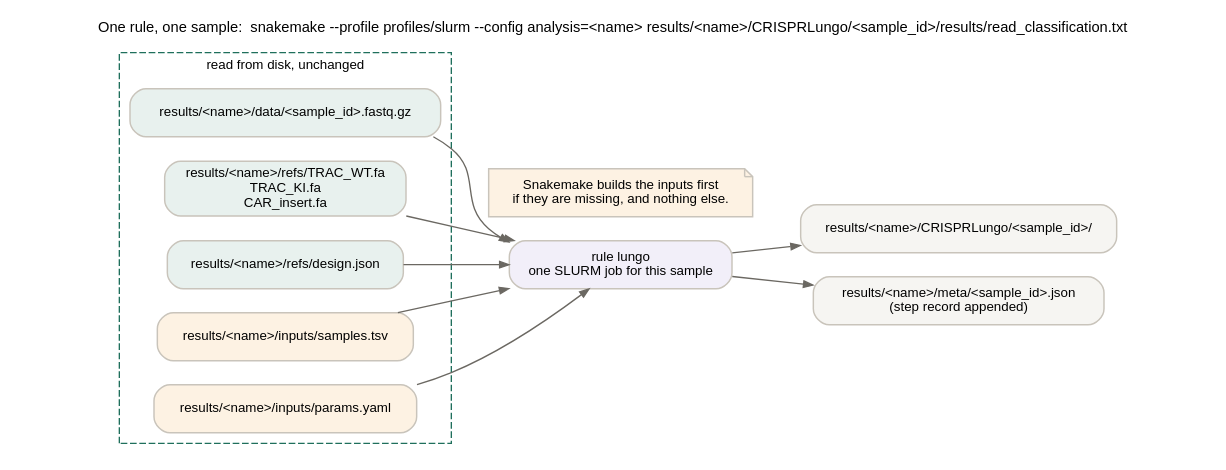
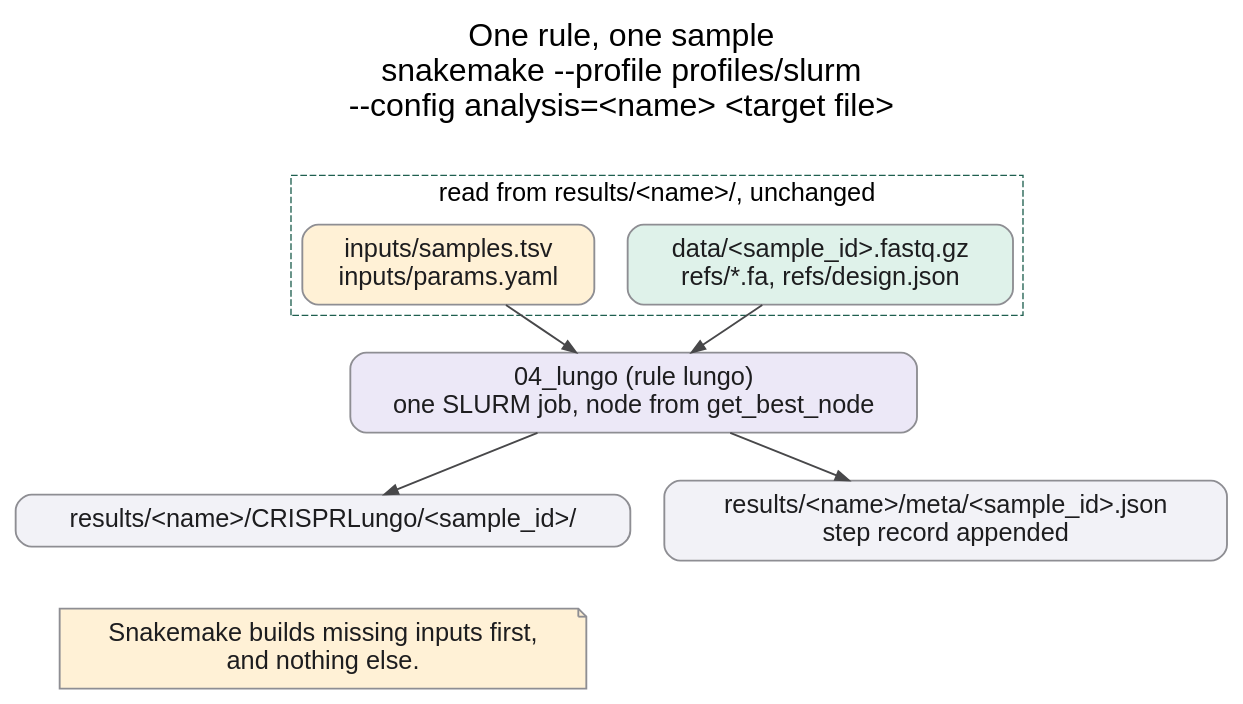
One commit to ssenci97/ONT-CRISPR-knock-in changed the diagram in docs/diagrams/02_single_tool.dot. Above: the diagram before and after it, drawn with Graphviz. The commit also changed 27 other files, not shown here.

```diff
--- a/docs/diagrams/02_single_tool.dot
+++ b/docs/diagrams/02_single_tool.dot
@@ -1,23 +1,20 @@
 digraph single_tool {
-  graph [rankdir=LR, bgcolor="white", fontname="Helvetica", fontsize=11, labelloc=t,
-         label="One rule, one sample:  snakemake --profile profiles/slurm --config analysis=<name> results/<name>/CRISPRLungo/<sample_id>/results/read_classification.txt"];
-  node [fontname="Helvetica", fontsize=10, shape=box, style="rounded,filled", color="#c9c4bb", penwidth=1.1];
-  edge [color="#6b6862", arrowsize=0.7];
+  graph [rankdir=TB, bgcolor="white", fontname="Helvetica", fontsize=24, labelloc=t, nodesep=0.35, ranksep=0.5,
+         label="One rule, one sample\nsnakemake --profile profiles/slurm\n--config analysis=<name> <target file>\n "];
+  node [fontname="Helvetica", fontsize=19, shape=box, style="rounded,filled", color="#8e8e93", penwidth=1.4, fontcolor="#1d1d1f", margin="0.2,0.12"];
+  edge [color="#48484a", arrowsize=1.0, penwidth=1.4];
 
   subgraph cluster_in {
-    label="read from disk, unchanged"; fontname="Helvetica"; fontsize=10; color="#1f6f5c"; style=dashed;
-    fastq  [label="results/<name>/data/<sample_id>.fastq.gz", fillcolor="#e8f1ee"];
-    refs   [label="results/<name>/refs/TRAC_WT.fa\nTRAC_KI.fa\nCAR_insert.fa", fillcolor="#e8f1ee"];
-    design [label="results/<name>/refs/design.json", fillcolor="#e8f1ee"];
-    sheet  [label="results/<name>/inputs/samples.tsv", fillcolor="#fdf2e3"];
-    yaml   [label="results/<name>/inputs/params.yaml", fillcolor="#fdf2e3"];
+    label="read from results/<name>/, unchanged"; fontname="Helvetica"; fontsize=19; color="#1f5f4f"; style=dashed;
+    fastq  [label="data/<sample_id>.fastq.gz\nrefs/*.fa, refs/design.json", fillcolor="#dff2ea"];
+    frozen [label="inputs/samples.tsv\ninputs/params.yaml", fillcolor="#fff1d6"];
   }
-  step [label="rule lungo\none SLURM job for this sample", fillcolor="#f2eff9"];
-  out  [label="results/<name>/CRISPRLungo/<sample_id>/", fillcolor="#f6f5f2"];
-  meta [label="results/<name>/meta/<sample_id>.json\n(step record appended)", fillcolor="#f6f5f2"];
+  step [label="04_lungo (rule lungo)\none SLURM job, node from get_best_node", fillcolor="#ece8f7"];
+  out  [label="results/<name>/CRISPRLungo/<sample_id>/", fillcolor="#f2f2f7"];
+  meta [label="results/<name>/meta/<sample_id>.json\nstep record appended", fillcolor="#f2f2f7"];
+  note [shape=note, fillcolor="#fff1d6", label="Snakemake builds missing inputs first,\nand nothing else."];
 
-  fastq -> step; refs -> step; design -> step; sheet -> step; yaml -> step;
+  fastq -> step; frozen -> step;
   step -> out; step -> meta;
-  note [shape=note, fillcolor="#fdf2e3", label="Snakemake builds the inputs first\nif they are missing, and nothing else."];
-  { rank=same; step; note; }
+  out -> note [style=invis];
 }
```
